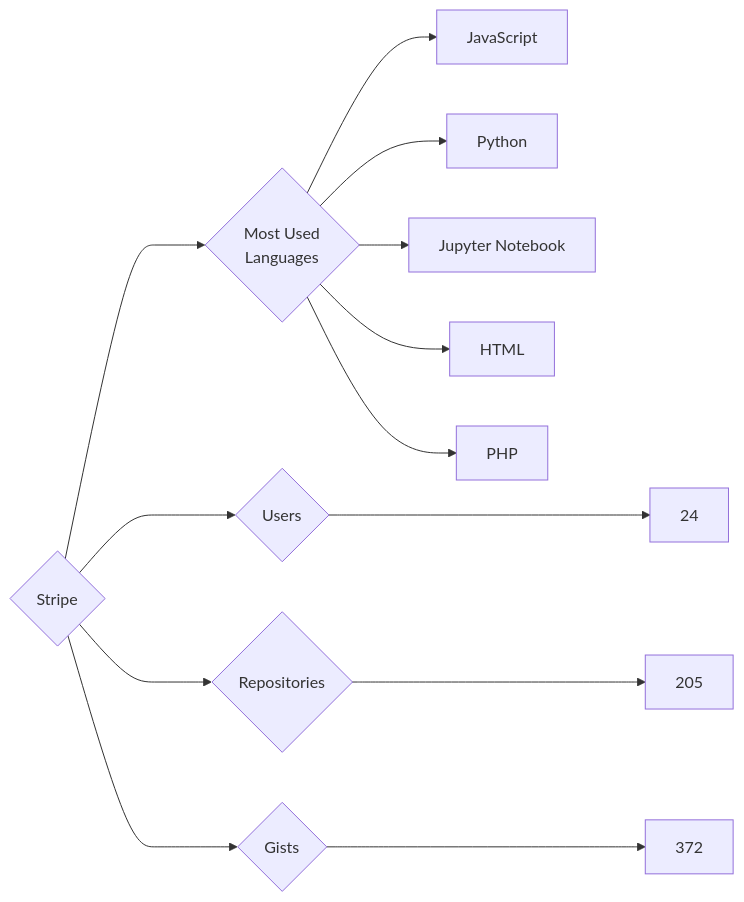
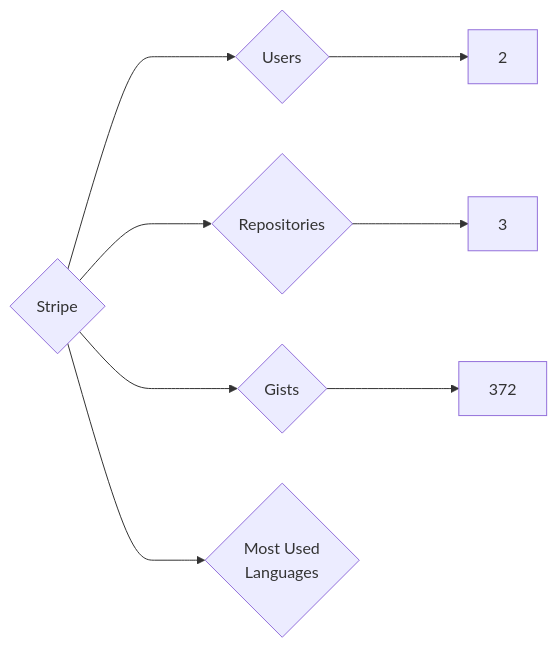
The diagram in targets/Stripe/README.md (trickest/insiders), drawn with Mermaid before and after one commit. The commit also changed 877 other files, not shown here.

````diff
--- a/targets/Stripe/README.md
+++ b/targets/Stripe/README.md
@@ -3,13 +3,8 @@
 ```mermaid
 graph LR
 COMPANY_NAME{Stripe}
-COMPANY_NAME ---> U{Users} ---> UN[24]
-COMPANY_NAME ---> R{Repositories} ---> RN[205]
+COMPANY_NAME ---> U{Users} ---> UN[2]
+COMPANY_NAME ---> R{Repositories} ---> RN[3]
 COMPANY_NAME ---> G{Gists} ---> GN[372]
 COMPANY_NAME ---> ML{Most Used<br>Languages}
-ML --> JavaScript[JavaScript]
-ML --> Python[Python]
-ML --> Jupyter_Notebook[Jupyter Notebook]
-ML --> HTML[HTML]
-ML --> PHP[PHP]
 ```
````
